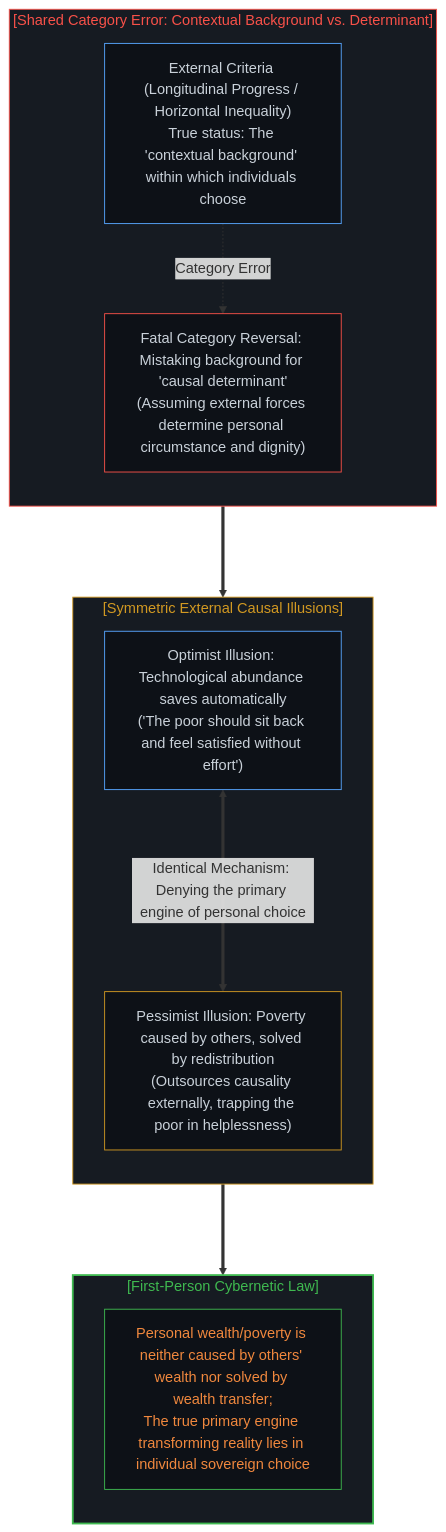
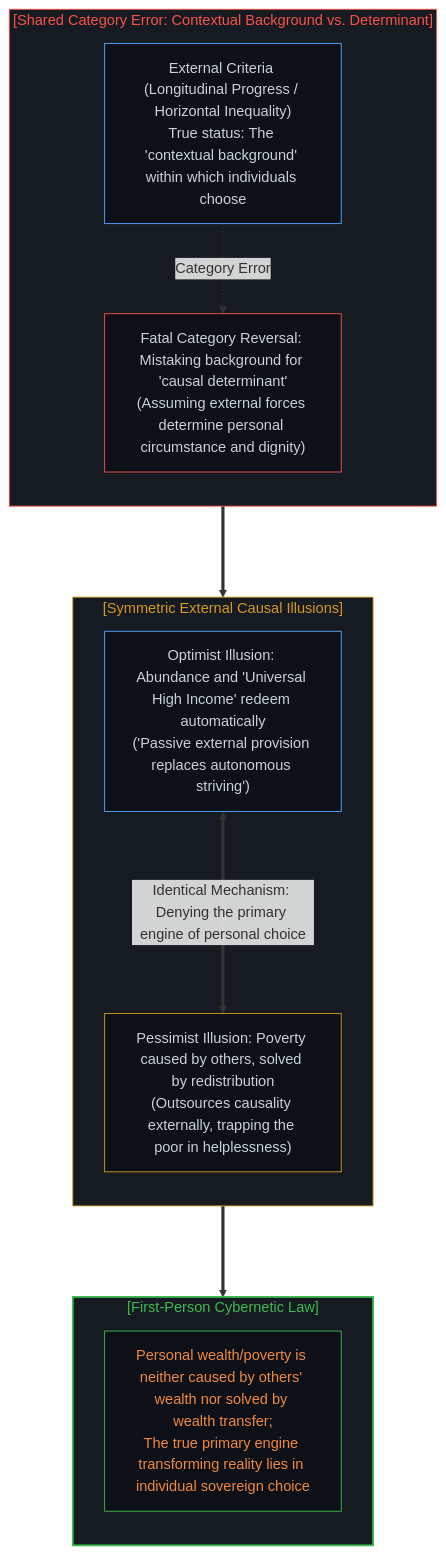
The fourth of 8 diagrams in content/posts/the-balcony-disciplinary-overstep-and-the-unproxyable-act.md (powerpig99/not-a-toe), drawn with Mermaid before and after one commit. The commit also changed other lines of this file and 3 other files, not shown here.

````diff
--- a/content/posts/the-balcony-disciplinary-overstep-and-the-unproxyable-act.md
+++ b/content/posts/the-balcony-disciplinary-overstep-and-the-unproxyable-act.md
@@ -167,33 +175,33 @@
 ```mermaid
 graph TD
     subgraph Shared_Error_EN["[Shared Category Error: Contextual Background vs. Determinant]"]
         direction TB
         E1_EN["External Criteria (Longitudinal Progress / Horizontal Inequality)<br/>True status: The 'contextual background' within which individuals choose"]
         E2_EN["Fatal Category Reversal: Mistaking background for 'causal determinant'<br/>(Assuming external forces determine personal circumstance and dignity)"]
         E1_EN -.->|"Category Error"| E2_EN
     end
 
     subgraph Two_Illusions_EN["[Symmetric External Causal Illusions]"]
         direction TB
-        I_Opt_EN["Optimist Illusion: Technological abundance saves automatically<br/>('The poor should sit back and feel satisfied without effort')"]
+        I_Opt_EN["Optimist Illusion: Abundance and 'Universal High Income' redeem automatically<br/>('Passive external provision replaces autonomous striving')"]
         I_Pess_EN["Pessimist Illusion: Poverty caused by others, solved by redistribution<br/>(Outsources causality externally, trapping the poor in helplessness)"]
         I_Opt_EN <===>|"Identical Mechanism: Denying the primary engine of personal choice"| I_Pess_EN
     end
 
     subgraph Sovereign_Truth_EN["[First-Person Cybernetic Law]"]
         direction TB
         ST_EN["Personal wealth/poverty is neither caused by others' wealth nor solved by wealth transfer;<br/>The true primary engine transforming reality lies in individual sovereign choice"]
     end
 
     Shared_Error_EN ===> Two_Illusions_EN
     Two_Illusions_EN ===> Sovereign_Truth_EN
 
     style Shared_Error_EN fill:#161b22,stroke:#f85149,stroke-width:1px,color:#f85149
     style Two_Illusions_EN fill:#161b22,stroke:#d29922,stroke-width:1px,color:#d29922
     style Sovereign_Truth_EN fill:#161b22,stroke:#3fb950,stroke-width:2px,color:#3fb950
     style E1_EN fill:#0d1117,stroke:#58a6ff,stroke-width:1px,color:#c9d1d9
     style E2_EN fill:#0d1117,stroke:#f85149,stroke-width:1px,color:#c9d1d9
     style I_Opt_EN fill:#0d1117,stroke:#58a6ff,stroke-width:1px,color:#c9d1d9
     style I_Pess_EN fill:#0d1117,stroke:#d29922,stroke-width:1px,color:#c9d1d9
     style ST_EN fill:#0d1117,stroke:#3fb950,stroke-width:1px,color:#f0883e
 ```
````
